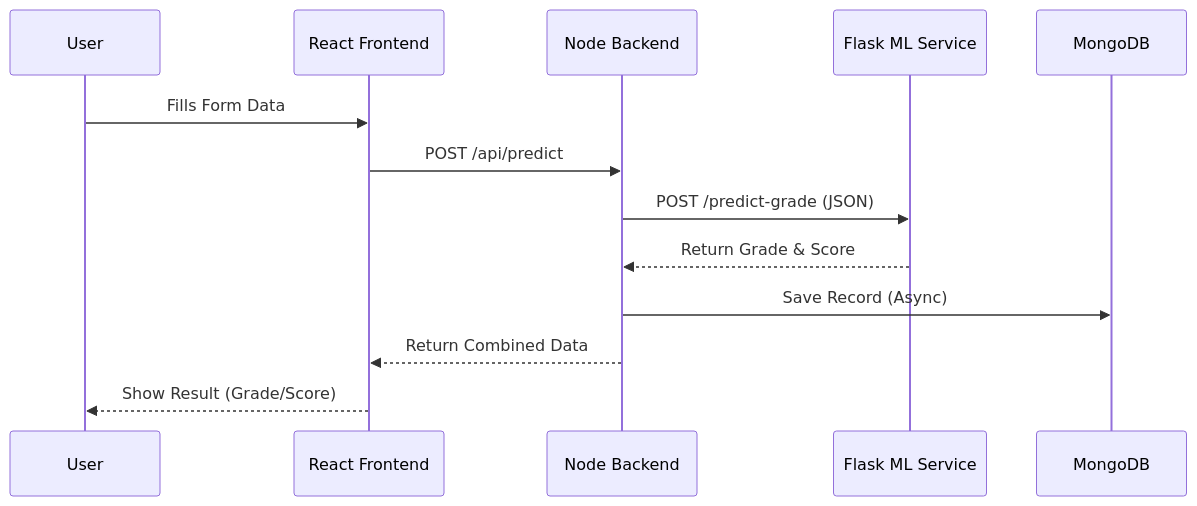
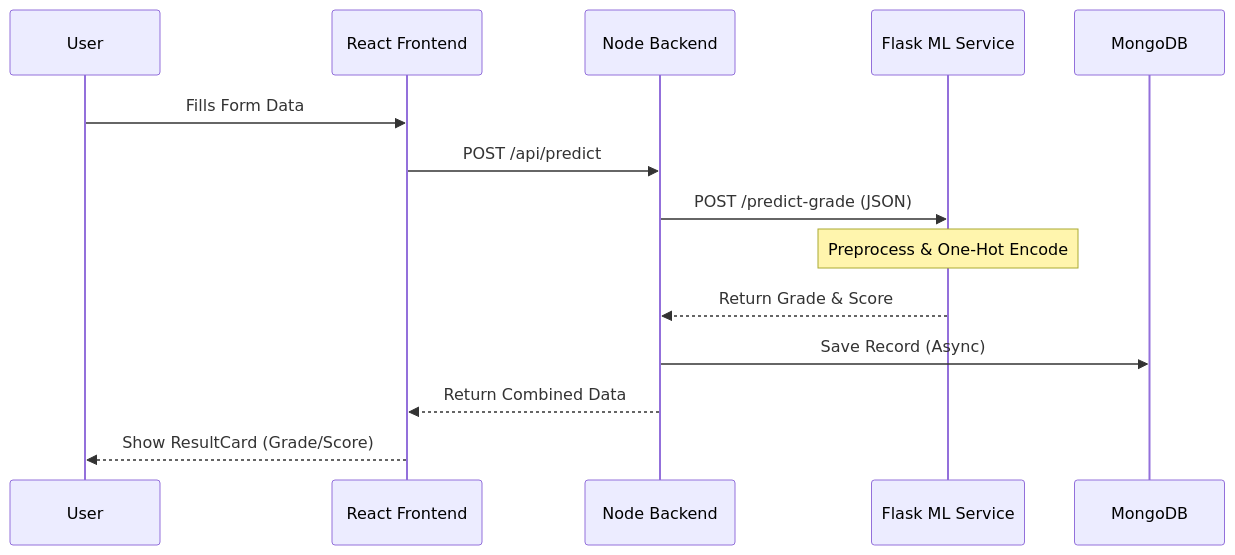
One commit to dhanush106/Student-Performance-Prediction-System changed the fourth of 6 diagrams in README.md. Above: the diagram before and after it, drawn with Mermaid. The commit also changed other lines of this file, not shown here.

Commit message:
Add Other Diagrams

````diff
--- a/README.md
+++ b/README.md
@@ -105,16 +171,17 @@
 ```mermaid
 sequenceDiagram
     participant U as User
     participant FE as React Frontend
     participant BE as Node Backend
     participant ML as Flask ML Service
     participant DB as MongoDB
 
     U->>FE: Fills Form Data
     FE->>BE: POST /api/predict
     BE->>ML: POST /predict-grade (JSON)
+    Note over ML: Preprocess & One-Hot Encode
     ML-->>BE: Return Grade & Score
     BE->>DB: Save Record (Async)
     BE-->>FE: Return Combined Data
-    FE-->>U: Show Result (Grade/Score)
+    FE-->>U: Show ResultCard (Grade/Score)
 ```
````
